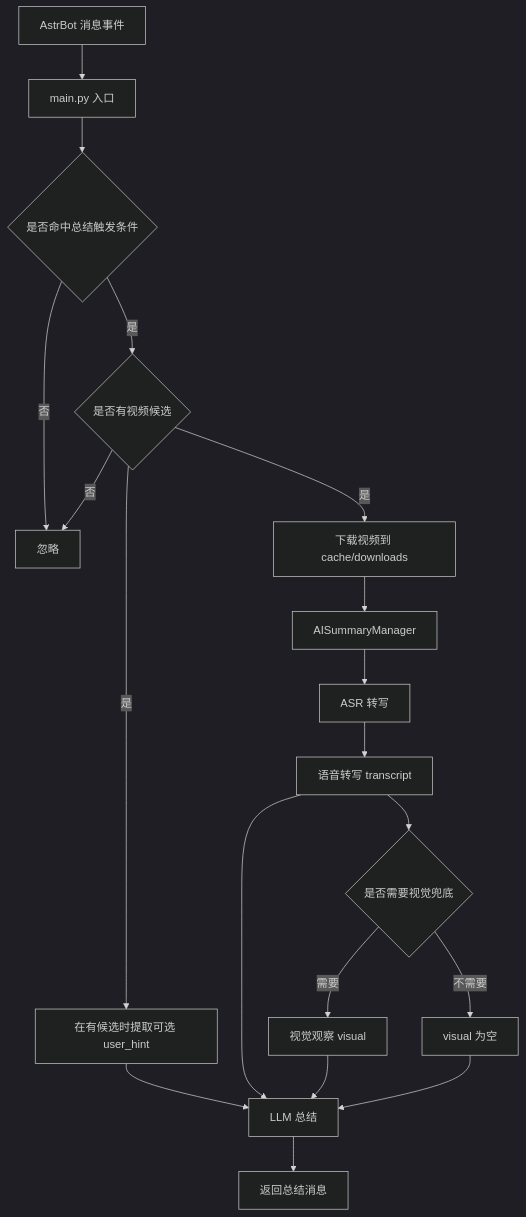
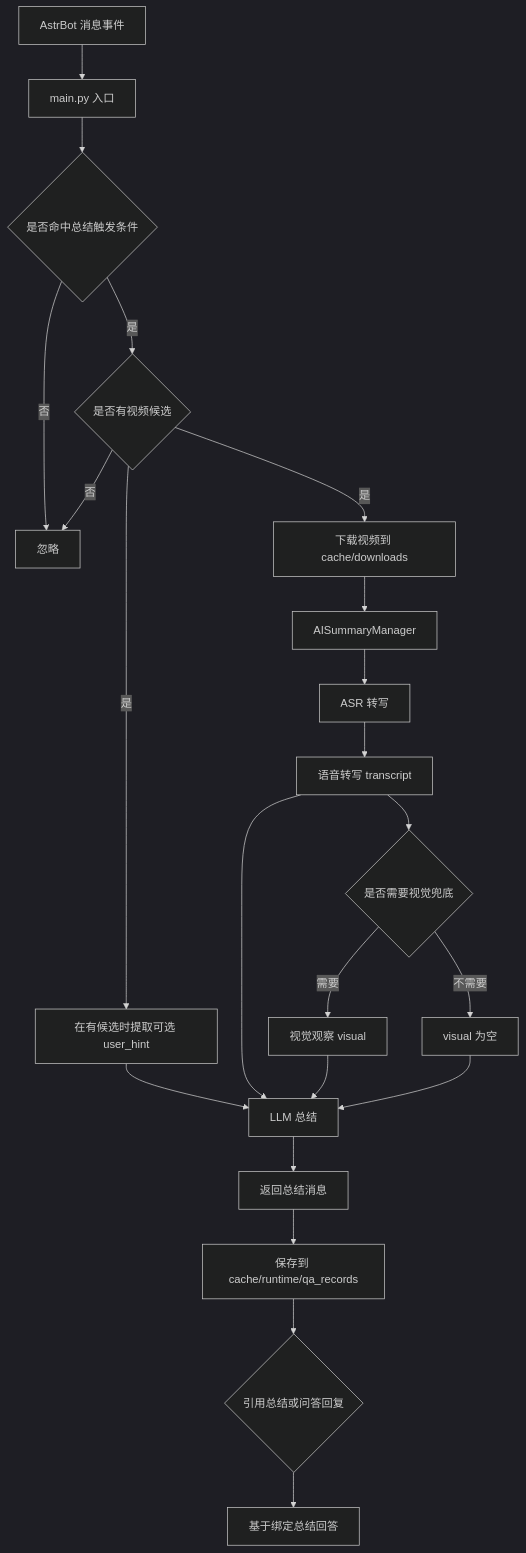
Before and after one commit to drdon1234/astrbot_plugin_ai_summary: the first of 2 diagrams in docs/ARCHITECTURE.md, drawn with Mermaid (dark theme). The commit also changed other lines of this file and 12 other files, not shown here.

````diff
--- a/docs/ARCHITECTURE.md
+++ b/docs/ARCHITECTURE.md
@@ -16,21 +17,24 @@
 ```mermaid
 flowchart TD
     A["AstrBot 消息事件"] --> B["main.py 入口"]
     B --> C{"是否命中总结触发条件"}
     C -- "否" --> Z["忽略"]
     C -- "是" --> E{"是否有视频候选"}
     E -- "否" --> Z
     E -- "是" --> F["下载视频到 cache/downloads"]
     E -- "是" --> D["在有候选时提取可选 user_hint"]
     F --> G["AISummaryManager"]
     G --> H["ASR 转写"]
     H --> I["语音转写 transcript"]
     I --> J{"是否需要视觉兜底"}
     J -- "需要" --> K["视觉观察 visual"]
     J -- "不需要" --> L["visual 为空"]
     D --> M["LLM 总结"]
     I --> M
     K --> M
     L --> M
     M --> N["返回总结消息"]
+    N --> O["保存到 cache/runtime/qa_records"]
+    O --> P{"引用总结或问答回复"}
+    P --> Q["基于绑定总结回答"]
 ```
````
